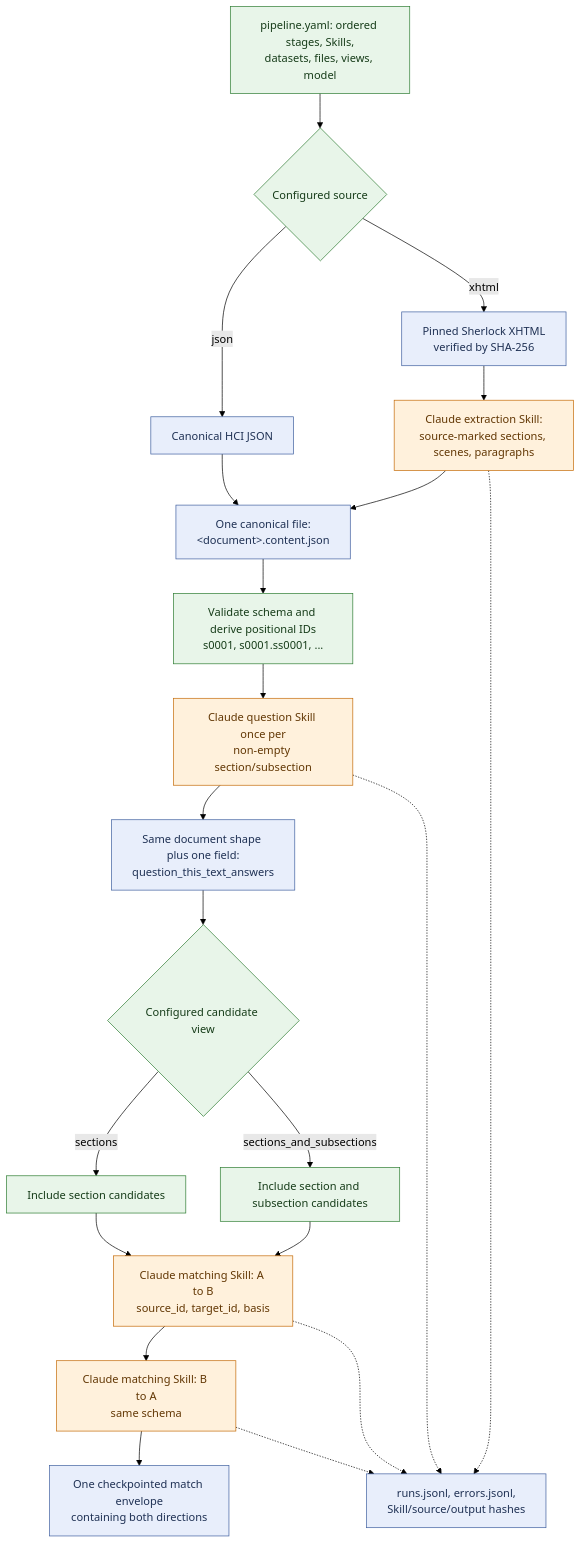
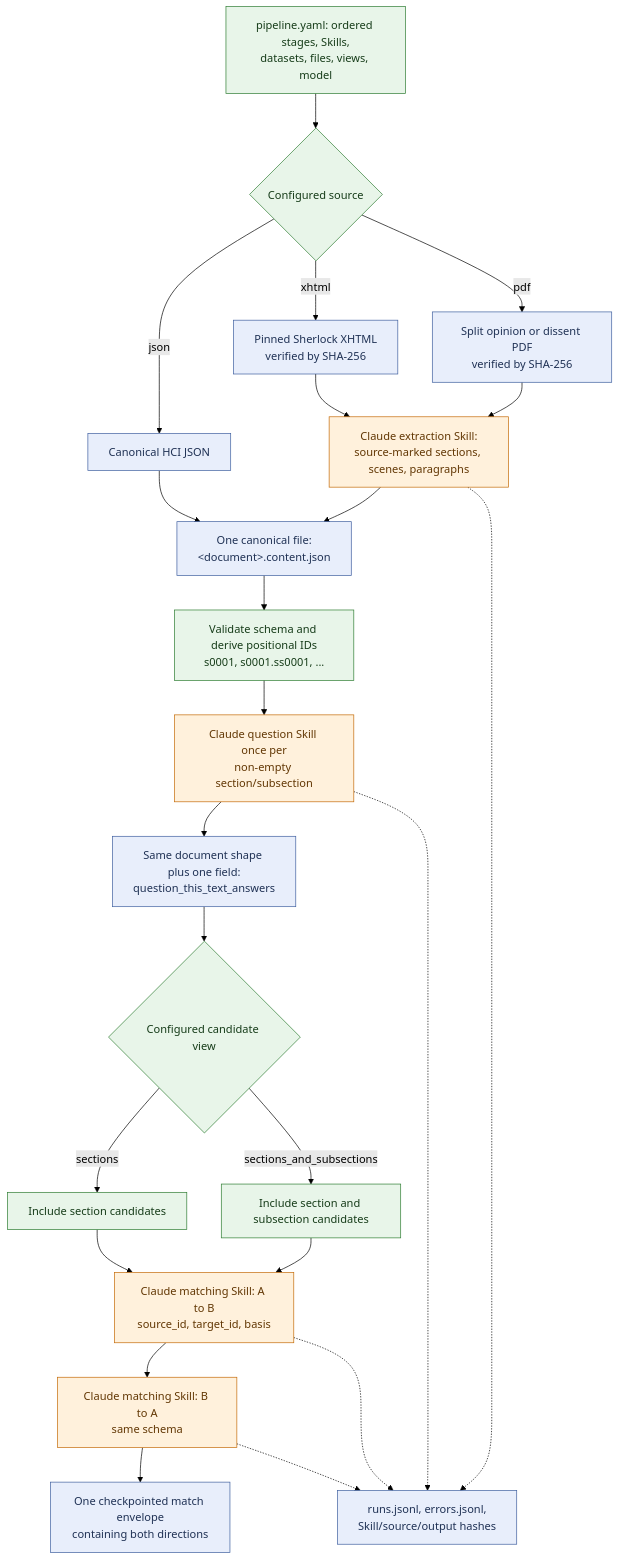
The first of 2 diagrams in PIPELINE_FLOW.md (GraceGSy/SME-prototype), drawn with Mermaid (forest theme) before and after one commit. The commit also changed other lines of this file and 6 other files, not shown here.

````diff
--- a/PIPELINE_FLOW.md
+++ b/PIPELINE_FLOW.md
@@ -8,35 +8,37 @@
 ```mermaid
 flowchart TD
     Config["pipeline.yaml: ordered stages, Skills,<br/>datasets, files, views, model"]:::det
     Source{"Configured source"}:::det
     HCI["Canonical HCI JSON"]:::artifact
     Story["Pinned Sherlock XHTML<br/>verified by SHA-256"]:::artifact
+    Legal["Split opinion or dissent PDF<br/>verified by SHA-256"]:::artifact
     Extract["Claude extraction Skill:<br/>source-marked sections, scenes, paragraphs"]:::llm
     Content["One canonical file:<br/>&lt;document&gt;.content.json"]:::artifact
     IDs["Validate schema and derive positional IDs<br/>s0001, s0001.ss0001, ..."]:::det
     Question["Claude question Skill once per<br/>non-empty section/subsection"]:::llm
     Questions["Same document shape plus one field:<br/>question_this_text_answers"]:::artifact
     View{"Configured candidate view"}:::det
     Sections["Include section candidates"]:::det
     Nested["Include section and subsection candidates"]:::det
     Forward["Claude matching Skill: A to B<br/>source_id, target_id, basis"]:::llm
     Reverse["Claude matching Skill: B to A<br/>same schema"]:::llm
     Matches["One checkpointed match envelope<br/>containing both directions"]:::artifact
     Audit["runs.jsonl, errors.jsonl,<br/>Skill/source/output hashes"]:::artifact
 
     Config --> Source
     Source -->|json| HCI --> Content
     Source -->|xhtml| Story --> Extract --> Content
+    Source -->|pdf| Legal --> Extract
     Content --> IDs --> Question --> Questions --> View
     View -->|sections| Sections --> Forward
     View -->|sections_and_subsections| Nested --> Forward
     Forward --> Reverse --> Matches
     Extract -.-> Audit
     Question -.-> Audit
     Forward -.-> Audit
     Reverse -.-> Audit
 
     classDef det fill:#e8f5e9,stroke:#2e7d32,color:#163c19;
     classDef llm fill:#fff1dc,stroke:#c46b08,color:#623704;
     classDef artifact fill:#e8eefb,stroke:#3f5f9f,color:#1f3154;
 ```
````
